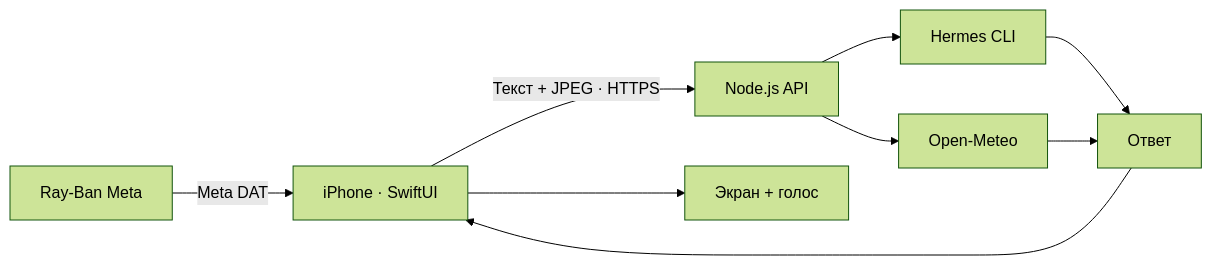
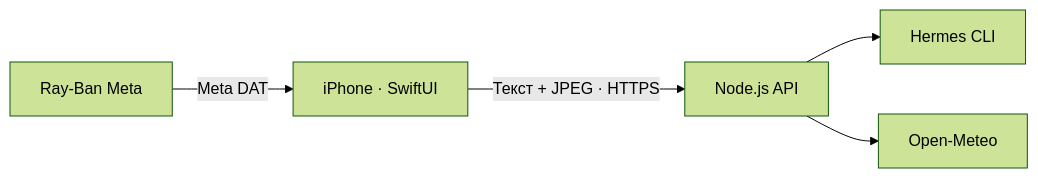
Before and after one commit to Alex-Fintore/rayban-meta-hermes-ios: the diagram in README.md, drawn with Mermaid (forest theme). The commit also changed 2 other files, not shown here.

Commit message:
Record public repository verification

````diff
--- a/README.md
+++ b/README.md
@@ -35,11 +35,7 @@
 ```mermaid
 flowchart LR
     Glasses["Ray-Ban Meta"] -->|Meta DAT| Phone["iPhone · SwiftUI"]
     Phone -->|"Текст + JPEG · HTTPS"| API["Node.js API"]
     API --> Hermes["Hermes CLI"]
     API --> Weather["Open-Meteo"]
-    Hermes --> Answer["Ответ"]
-    Weather --> Answer
-    Answer --> Phone
-    Phone --> Output["Экран + голос"]
 ```
````
